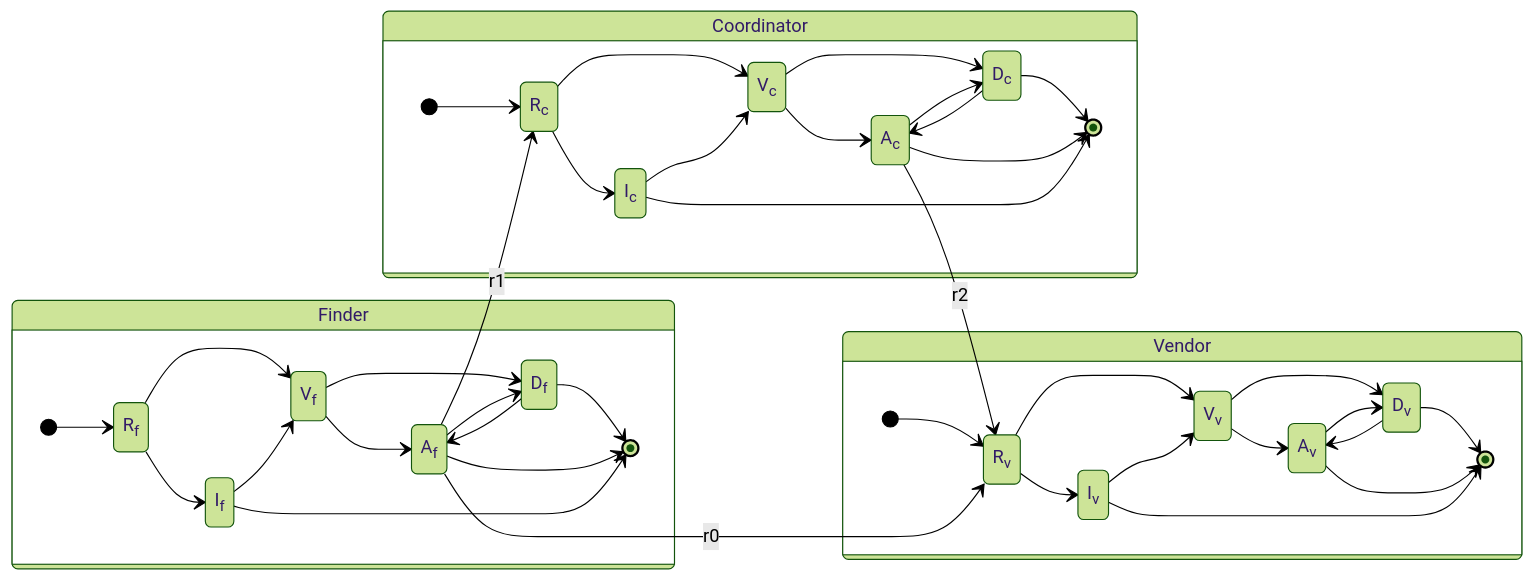
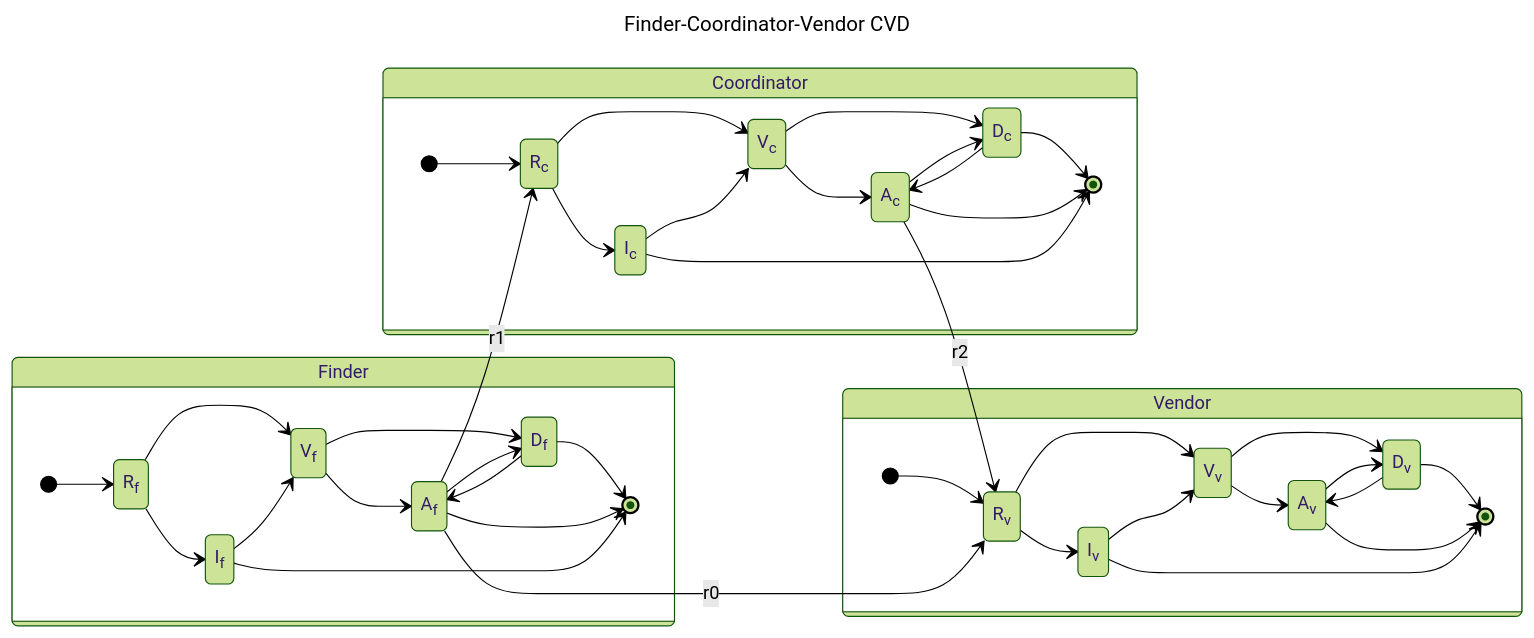
The third of 8 diagrams in docs/process_models/rm/rm_interactions.md (CERTCC/Vultron), drawn with Mermaid (forest theme) before and after one commit. The commit also changed other lines of this file and 4 other files, not shown here.

Commit message:
add some diagram titles

````diff
--- a/docs/process_models/rm/rm_interactions.md
+++ b/docs/process_models/rm/rm_interactions.md
@@ -149,65 +155,68 @@
 ```mermaid
+---
+title: Finder-Coordinator-Vendor CVD
+---
 stateDiagram-v2
     direction LR
     state Finder {
         direction LR
         R: R<sub>f</sub>
         I: I<sub>f</sub>
         V: V<sub>f</sub>
         A: A<sub>f</sub>
         D: D<sub>f</sub>
 
         [*] --> R
         R --> I
         R --> V
         I --> V
         V --> A
         V --> D
         A --> D
         D --> A
         D --> [*]
         A --> [*]
         I --> [*]
     }
     state Coordinator {
         direction LR
         RC:R<sub>c</sub>
         IC:I<sub>c</sub>
         VC:V<sub>c</sub>
         AC:A<sub>c</sub>
         DC:D<sub>c</sub>
         [*] --> RC
         RC --> IC
         RC --> VC
         IC --> VC
         VC --> AC
         VC --> DC
         AC --> DC
         DC --> AC
         DC --> [*]
         AC --> [*]
         IC --> [*]
     }
     state Vendor {
         direction LR
         RV:R<sub>v</sub>
         IV:I<sub>v</sub>
         VV:V<sub>v</sub>
         AV:A<sub>v</sub>
         DV:D<sub>v</sub>
         [*] --> RV
         RV --> IV
         RV --> VV
         IV --> VV
         VV --> AV
         VV --> DV
         AV --> DV
         DV --> AV
         DV --> [*]
         AV --> [*]
         IV --> [*]
     }
     A --> RV: r0
     A --> RC: r1
     AC --> RV: r2
 ```
````
